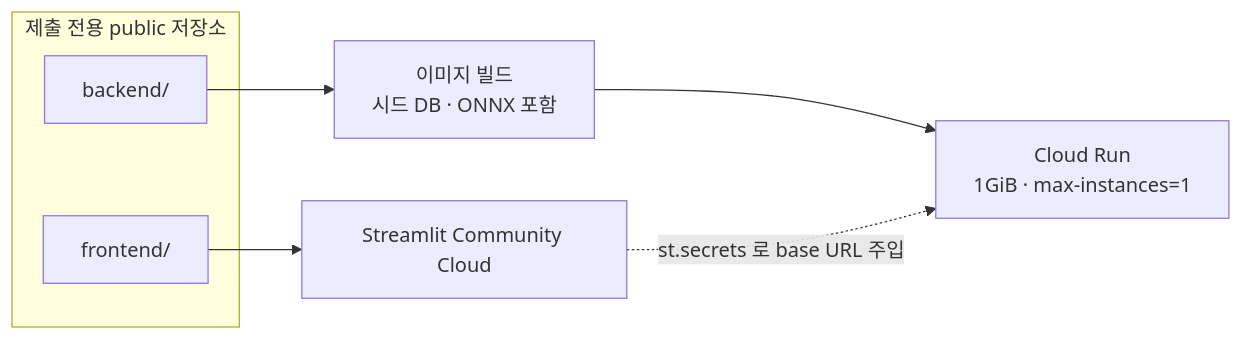
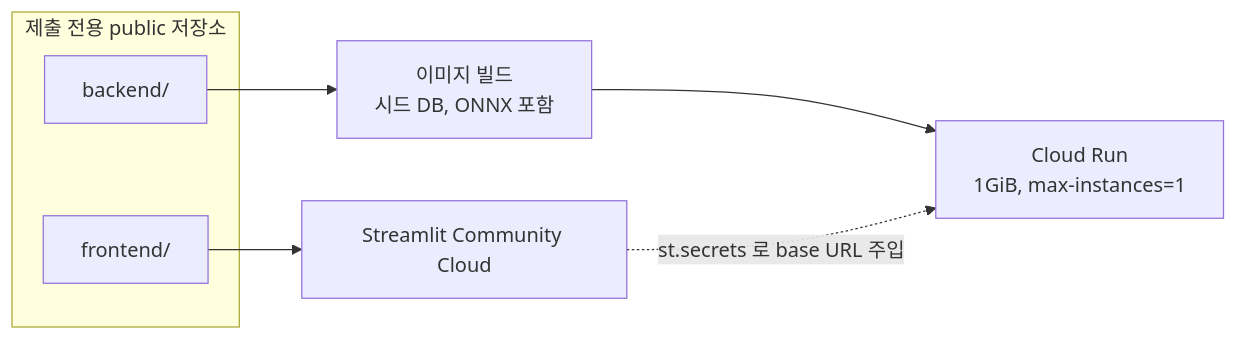
One commit to Yopkigom/codeit-kdt-missions changed the fifth of 5 diagrams in mission18/report.md. Above: the diagram before and after it, drawn with Mermaid. The commit also changed other lines of this file and 1 other file, not shown here.

````diff
--- a/mission18/report.md
+++ b/mission18/report.md
@@ -524,13 +524,13 @@
 ```mermaid
 flowchart LR
     subgraph SRC["제출 전용 public 저장소"]
         FEDIR["frontend/"]
         BEDIR["backend/"]
     end
 
-    BEDIR --> BUILD["이미지 빌드<br/>시드 DB · ONNX 포함"]
-    BUILD --> CR["Cloud Run<br/>1GiB · max-instances=1"]
+    BEDIR --> BUILD["이미지 빌드<br/>시드 DB, ONNX 포함"]
+    BUILD --> CR["Cloud Run<br/>1GiB, max-instances=1"]
     FEDIR --> SC["Streamlit Community Cloud"]
 
     SC -.->|st.secrets 로 base URL 주입| CR
 ```
````
